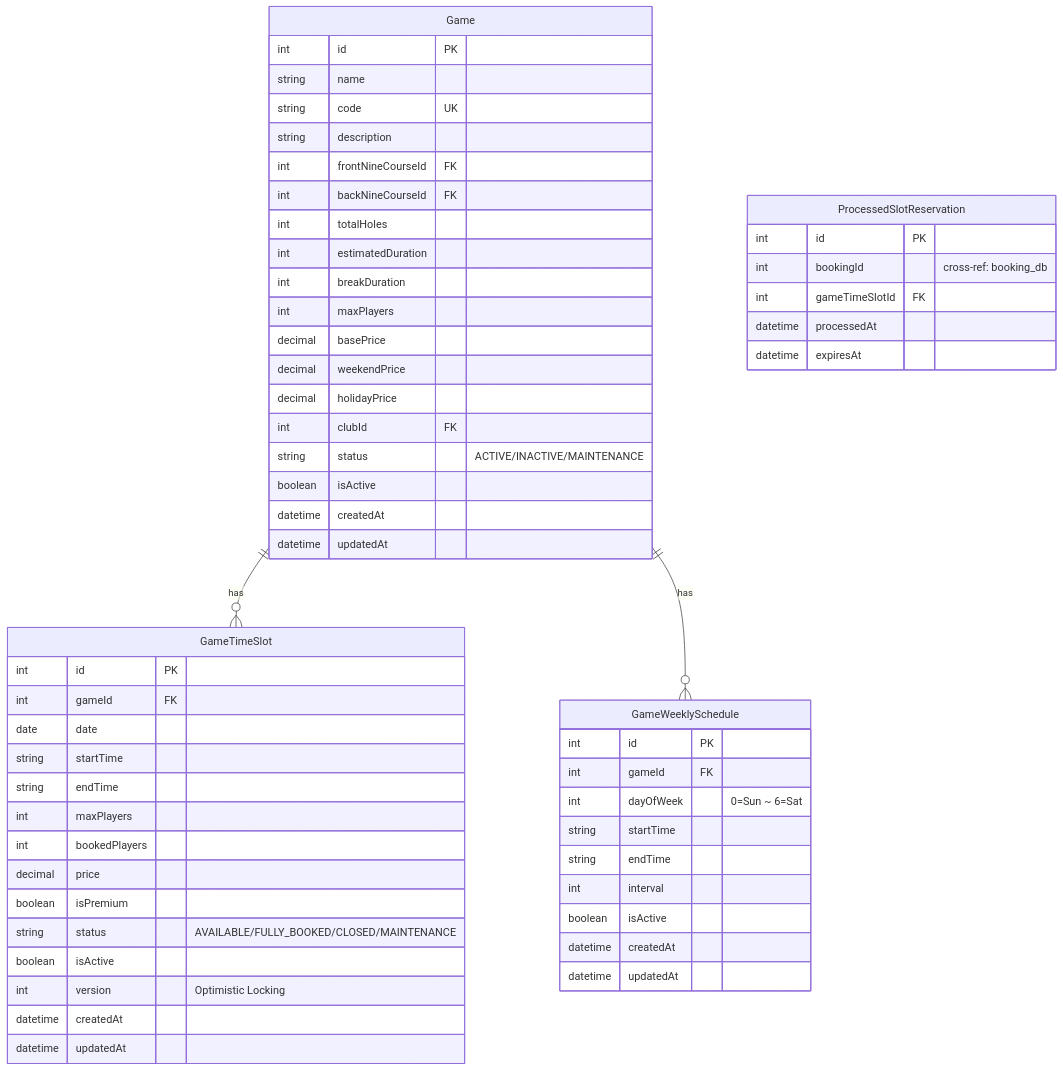
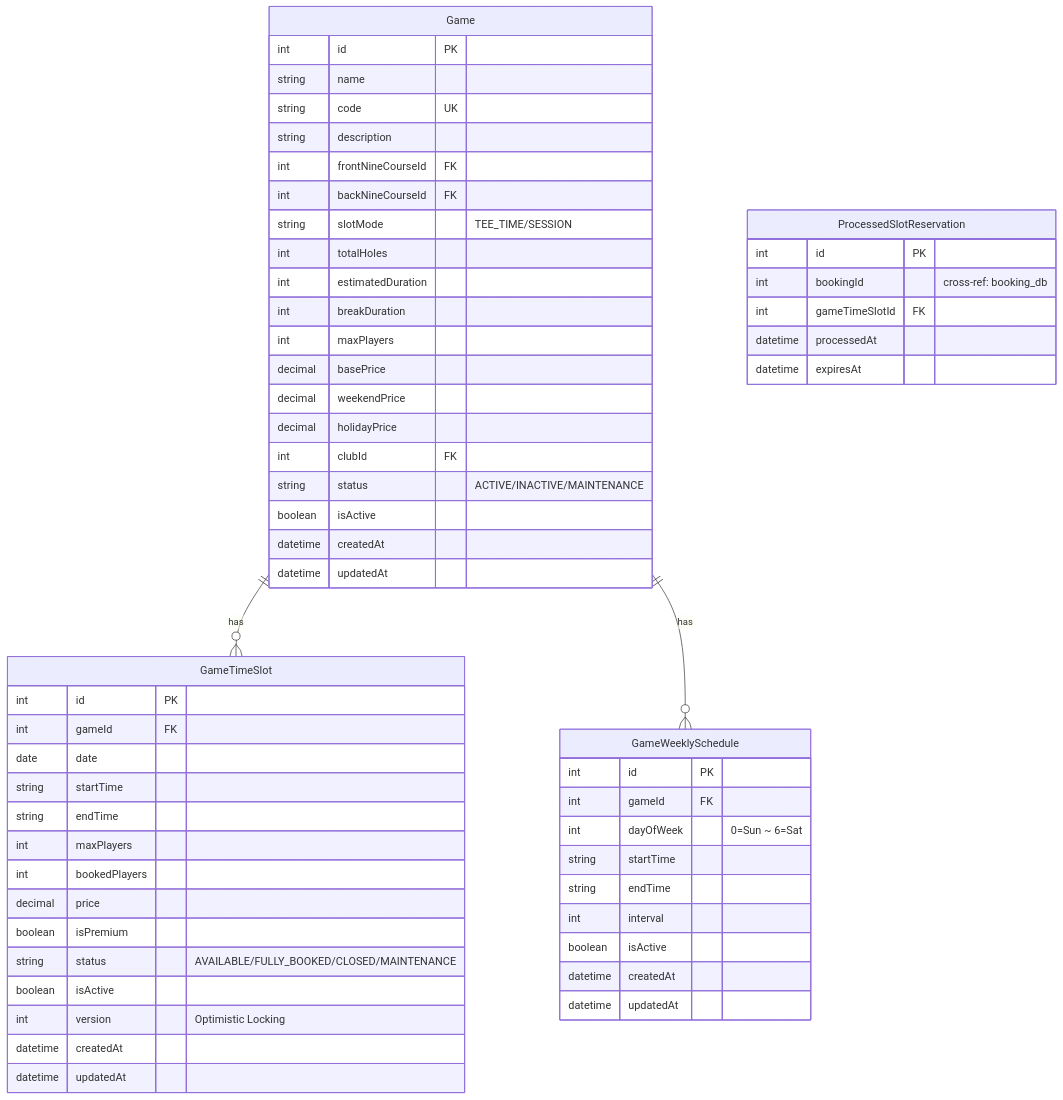
The tenth of 24 diagrams in docs/DATABASE_ERD.md (uniyous/parkgolf-platform), drawn with Mermaid before and after one commit. The commit also changed other lines of this file and 4 other files, not shown here.

First line of the commit message:
chore: 시드 데이터 보강, 슬롯 생성 스크립트, ERD 문서 업데이트

````diff
--- a/docs/DATABASE_ERD.md
+++ b/docs/DATABASE_ERD.md
@@ -424,63 +486,64 @@
 ```mermaid
 erDiagram
     Game ||--o{ GameTimeSlot : "has"
     Game ||--o{ GameWeeklySchedule : "has"
 
     Game {
         int id PK
         string name
         string code UK
         string description
         int frontNineCourseId FK
         int backNineCourseId FK
+        string slotMode "TEE_TIME/SESSION"
         int totalHoles
         int estimatedDuration
         int breakDuration
         int maxPlayers
         decimal basePrice
         decimal weekendPrice
         decimal holidayPrice
         int clubId FK
         string status "ACTIVE/INACTIVE/MAINTENANCE"
         boolean isActive
         datetime createdAt
         datetime updatedAt
     }
 
     GameTimeSlot {
         int id PK
         int gameId FK
         date date
         string startTime
         string endTime
         int maxPlayers
         int bookedPlayers
         decimal price
         boolean isPremium
         string status "AVAILABLE/FULLY_BOOKED/CLOSED/MAINTENANCE"
         boolean isActive
         int version "Optimistic Locking"
         datetime createdAt
         datetime updatedAt
     }
 
     GameWeeklySchedule {
         int id PK
         int gameId FK
         int dayOfWeek "0=Sun ~ 6=Sat"
         string startTime
         string endTime
         int interval
         boolean isActive
         datetime createdAt
         datetime updatedAt
     }
 
     ProcessedSlotReservation {
         int id PK
         int bookingId "cross-ref: booking_db"
         int gameTimeSlotId FK
         datetime processedAt
         datetime expiresAt
     }
 ```
````
